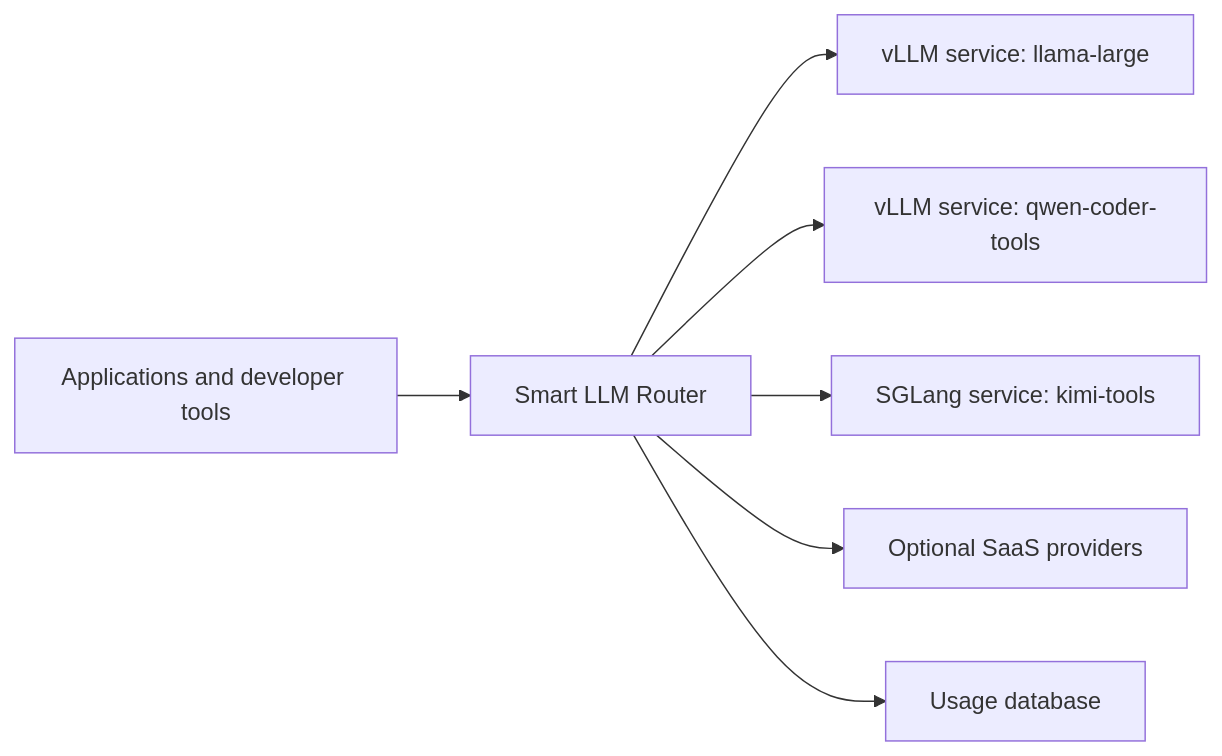
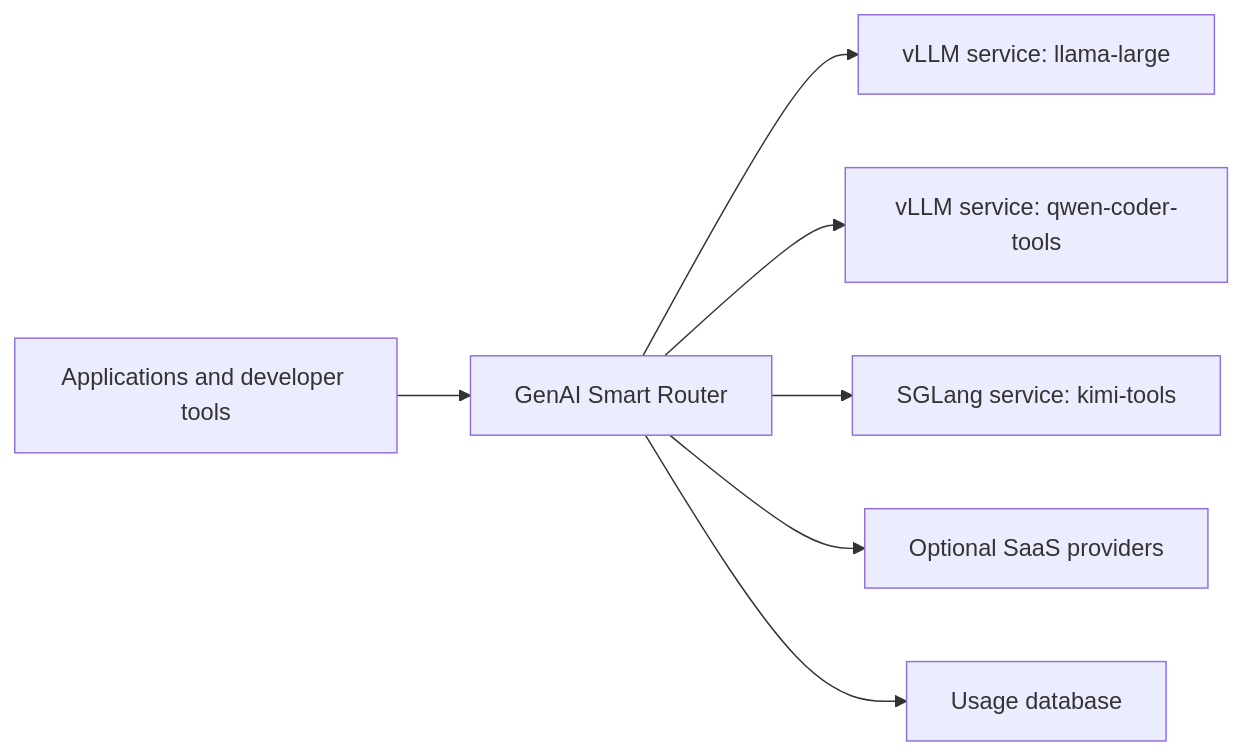
The diagram in docs-site/docs/configuration/self-hosted-upstreams.md (Metrum-AI-Products/genai-smart-router), drawn with Mermaid before and after one commit. The commit also changed other lines of this file and 20 other files, not shown here.

Commit message:
Rebrand docs for GenAI Smart Router

````diff
--- a/docs-site/docs/configuration/self-hosted-upstreams.md
+++ b/docs-site/docs/configuration/self-hosted-upstreams.md
@@ -15,9 +15,9 @@
 ```mermaid
 flowchart LR
-  App[Applications and developer tools] --> Router[Smart LLM Router]
+  App[Applications and developer tools] --> Router[GenAI Smart Router]
   Router --> VL1[vLLM service: llama-large]
   Router --> VL2[vLLM service: qwen-coder-tools]
   Router --> SG1[SGLang service: kimi-tools]
   Router --> SaaS[Optional SaaS providers]
   Router --> DB[Usage database]
 ```
````
